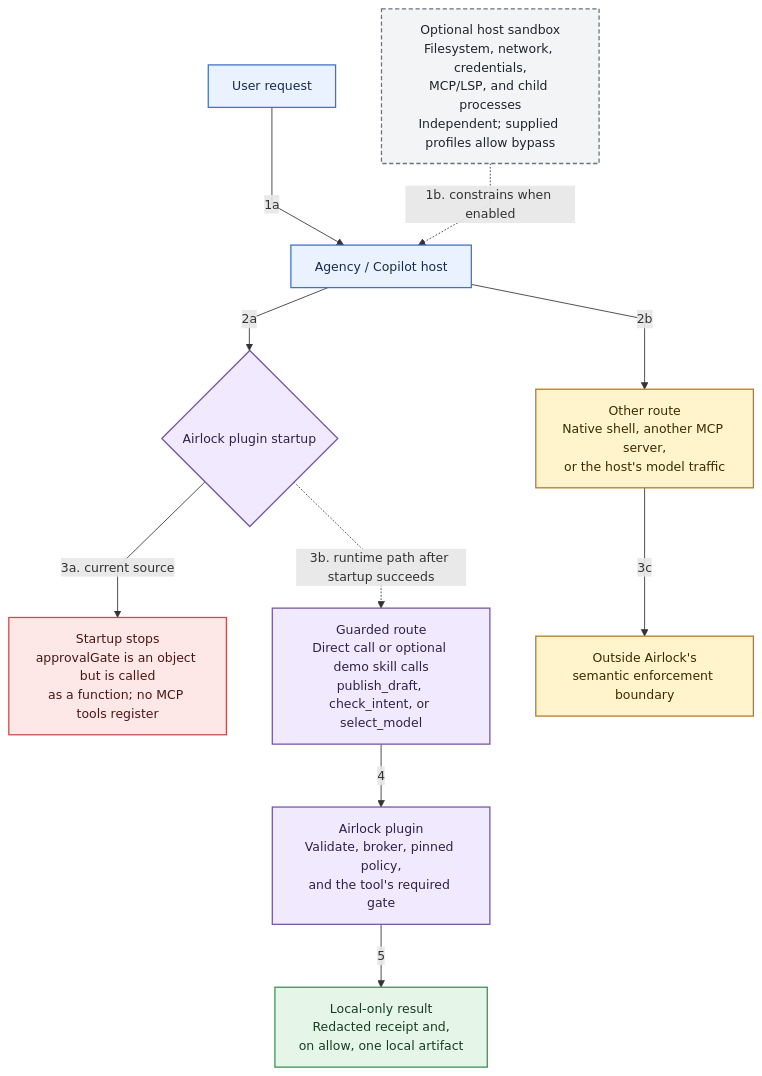
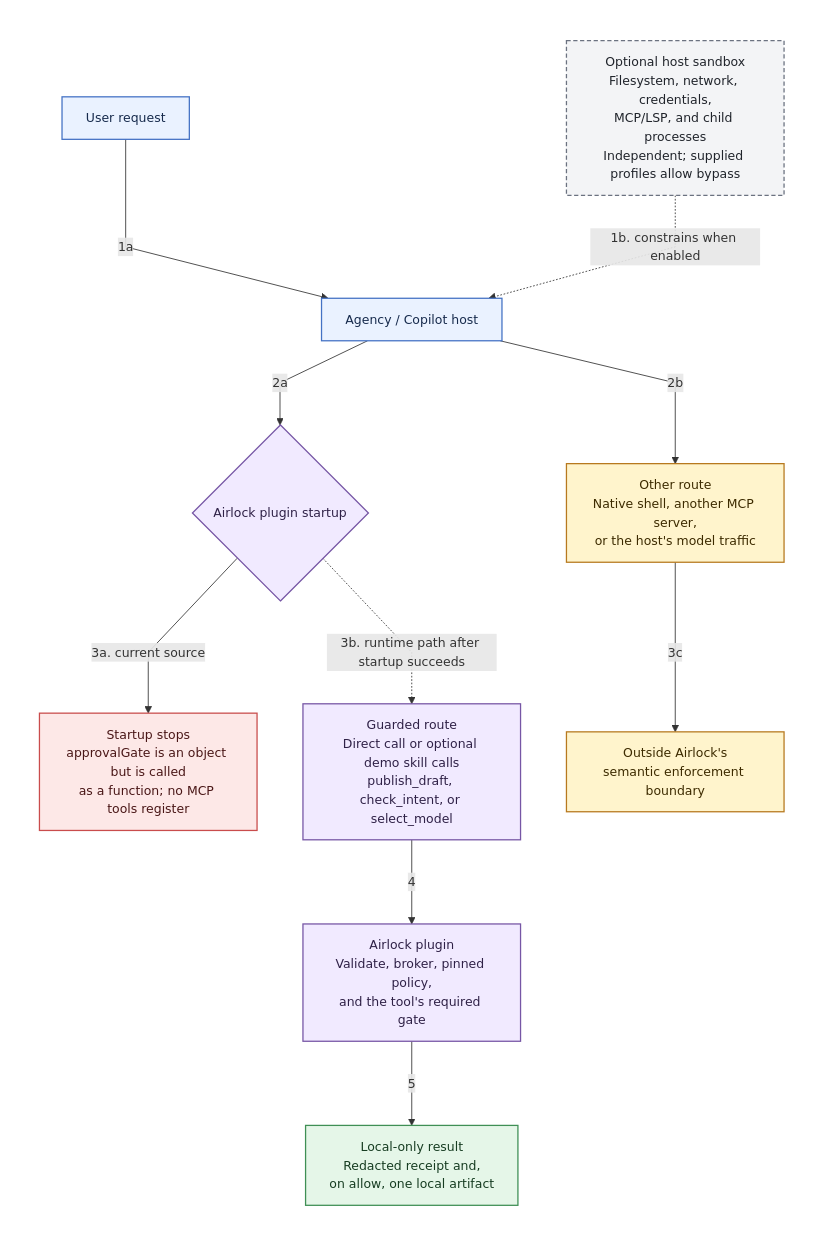
The fourth of 5 diagrams in README.md (debchoudhury-id4s/agent-airlock), drawn with Mermaid before and after one commit. The commit also changed other lines of this file, not shown here.

Commit message:
white bckg for diagrams against black theme

````diff
--- a/README.md
+++ b/README.md
@@ -174,28 +186,32 @@
 ```mermaid
-%%{init: {"fontFamily": "Calibri Light, Calibri, Arial, sans-serif", "themeVariables": {"background": "#ffffff", "fontSize": "11pt"}, "flowchart": {"useMaxWidth": true, "htmlLabels": true, "curve": "linear", "nodeSpacing": 54, "rankSpacing": 52, "padding": 14, "diagramPadding": 8, "wrappingWidth": 200}}}%%
+%%{init: {"fontFamily": "Calibri Light, Calibri, Arial, sans-serif", "themeVariables": {"background": "#ffffff", "fontSize": "11pt"}, "flowchart": {"useMaxWidth": true, "htmlLabels": true, "curve": "linear", "nodeSpacing": 54, "rankSpacing": 52, "padding": 14, "diagramPadding": 0, "wrappingWidth": 200}}}%%
 flowchart TB
-    User["User request"] -->|1a| Host["Agency / Copilot host"]
-    Sandbox["Optional host sandbox<br/>Filesystem, network, credentials,<br/>MCP/LSP, and child processes<br/>Independent; supplied profiles allow bypass"] -. "1b. constrains when enabled" .-> Host
+    subgraph WhiteBackground4[" "]
+        direction TB
+        User["User request"] -->|1a| Host["Agency / Copilot host"]
+        Sandbox["Optional host sandbox<br/>Filesystem, network, credentials,<br/>MCP/LSP, and child processes<br/>Independent; supplied profiles allow bypass"] -. "1b. constrains when enabled" .-> Host
 
-    Host -->|2a| Startup{"Airlock plugin startup"}
-    Host -->|2b| Other["Other route<br/>Native shell, another MCP server,<br/>or the host's model traffic"]
+        Host -->|2a| Startup{"Airlock plugin startup"}
+        Host -->|2b| Other["Other route<br/>Native shell, another MCP server,<br/>or the host's model traffic"]
 
-    Startup -->|"3a. current source"| Failure["Startup stops<br/>approvalGate is an object but is called<br/>as a function; no MCP tools register"]
-    Startup -. "3b. runtime path after startup succeeds" .-> Guarded["Guarded route<br/>Direct call or optional demo skill calls<br/>publish_draft, check_intent, or select_model"]
-    Guarded -->|4| Plugin["Airlock plugin<br/>Validate, broker, pinned policy,<br/>and the tool's required gate"]
-    Plugin -->|5| Local["Local-only result<br/>Redacted receipt and,<br/>on allow, one local artifact"]
-    Other -->|3c| Outside["Outside Airlock's<br/>semantic enforcement boundary"]
+        Startup -->|"3a. current source"| Failure["Startup stops<br/>approvalGate is an object but is called<br/>as a function; no MCP tools register"]
+        Startup -. "3b. runtime path after startup succeeds" .-> Guarded["Guarded route<br/>Direct call or optional demo skill calls<br/>publish_draft, check_intent, or select_model"]
+        Guarded -->|4| Plugin["Airlock plugin<br/>Validate, broker, pinned policy,<br/>and the tool's required gate"]
+        Plugin -->|5| Local["Local-only result<br/>Redacted receipt and,<br/>on allow, one local artifact"]
+        Other -->|3c| Outside["Outside Airlock's<br/>semantic enforcement boundary"]
+    end
 
+    style WhiteBackground4 fill:#ffffff,stroke:#ffffff,color:#ffffff;
     classDef actor fill:#eaf2ff,stroke:#4472c4,color:#172b4d,stroke-width:1.5px;
     classDef containment fill:#f3f4f6,stroke:#6b7280,color:#20242b,stroke-width:1.5px,stroke-dasharray:5 3;
     classDef control fill:#f1eaff,stroke:#7656a5,color:#2f2147,stroke-width:1.5px;
     classDef evidence fill:#e5f6e8,stroke:#3f8f55,color:#173d22,stroke-width:1.5px;
     classDef outside fill:#fff4cc,stroke:#b7791f,color:#3d2b00,stroke-width:1.5px;
     classDef failure fill:#fde8e7,stroke:#c94c4c,color:#4a1717,stroke-width:1.5px;
     class User,Host actor;
     class Sandbox containment;
     class Startup,Guarded,Plugin control;
     class Local evidence;
     class Other,Outside outside;
     class Failure failure;
 ```
````
